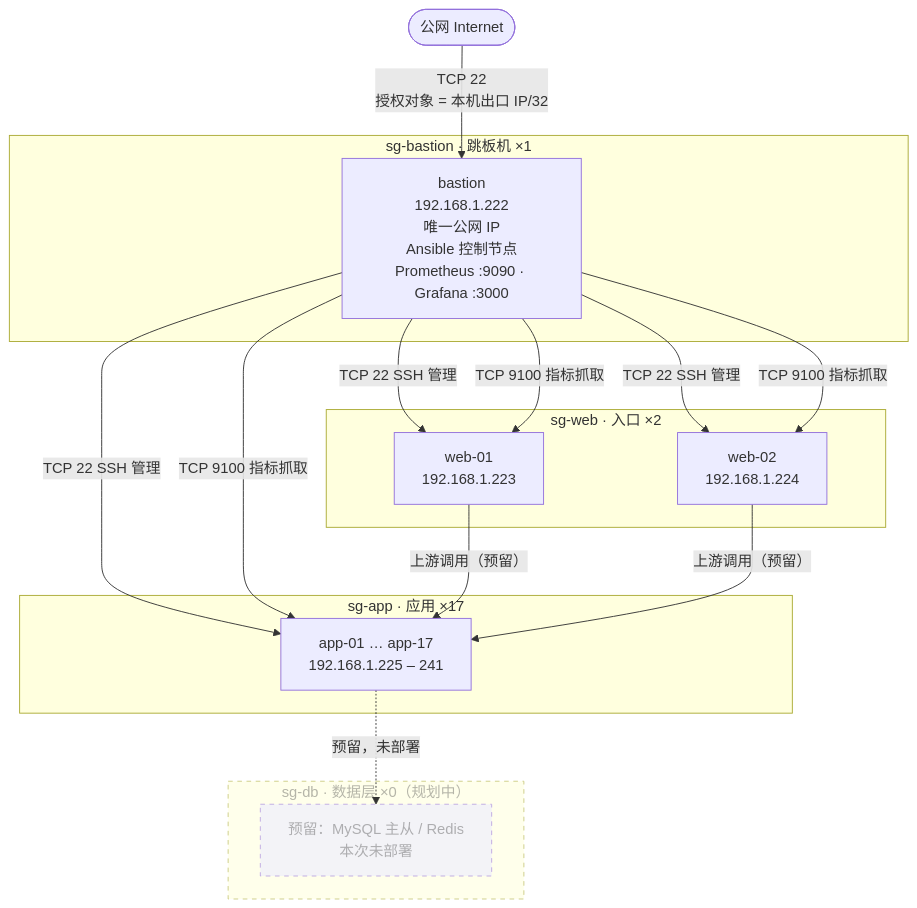
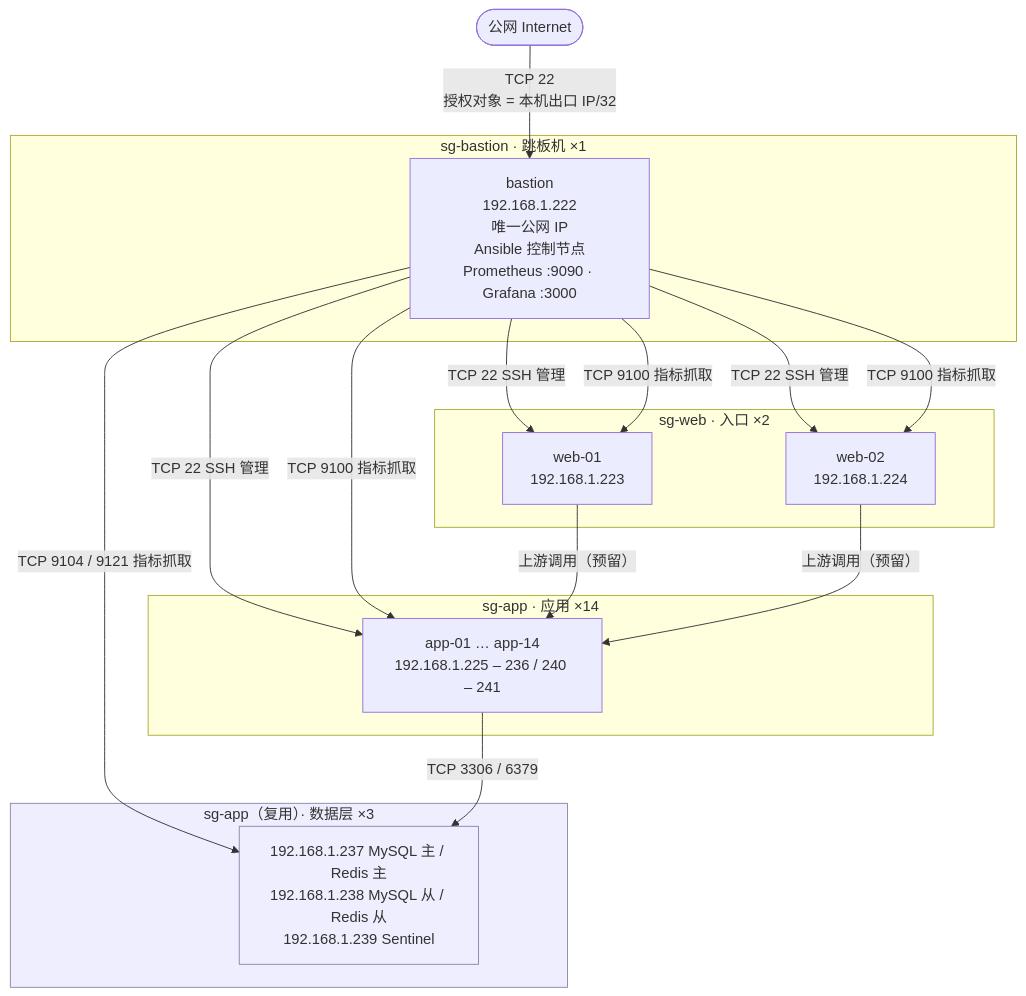
Before and after one commit to huailimao/ops-lab: the diagram in README.md, drawn with Mermaid. The commit also changed other lines of this file and 17 other files, not shown here.

First line of the commit message:
feat(data-layer): MySQL GTID 主从 + Redis 主从哨兵 + Alertmanager 告警链路

````diff
--- a/README.md
+++ b/README.md
@@ -28,35 +30,36 @@
 ```mermaid
 flowchart TB
     Internet([公网 Internet])
 
     subgraph SGB["sg-bastion · 跳板机 ×1"]
         B1["bastion<br/>192.168.1.222<br/>唯一公网 IP<br/>Ansible 控制节点<br/>Prometheus :9090 · Grafana :3000"]
     end
 
     subgraph SGW["sg-web · 入口 ×2"]
         W1["web-01<br/>192.168.1.223"]
         W2["web-02<br/>192.168.1.224"]
     end
 
-    subgraph SGA["sg-app · 应用 ×17"]
-        A1["app-01 … app-17<br/>192.168.1.225 – 241"]
+    subgraph SGA["sg-app · 应用 ×14"]
+        A1["app-01 … app-14<br/>192.168.1.225 – 236 / 240 – 241"]
     end
 
-    subgraph SGD["sg-db · 数据层 ×0（规划中）"]
-        D1["预留：MySQL 主从 / Redis<br/>本次未部署"]
+    subgraph SGD["sg-app（复用）· 数据层 ×3"]
+        D1["192.168.1.237 MySQL 主 / Redis 主<br/>192.168.1.238 MySQL 从 / Redis 从<br/>192.168.1.239 Sentinel"]
     end
 
     Internet -->|"TCP 22<br/>授权对象 = 本机出口 IP/32"| B1
     B1 -->|"TCP 22 SSH 管理"| W1
     B1 -->|"TCP 22 SSH 管理"| W2
     B1 -->|"TCP 22 SSH 管理"| A1
     B1 -->|"TCP 9100 指标抓取"| W1
     B1 -->|"TCP 9100 指标抓取"| W2
     B1 -->|"TCP 9100 指标抓取"| A1
+    B1 -->|"TCP 9104 / 9121 指标抓取"| D1
     W1 -->|"上游调用（预留）"| A1
     W2 -->|"上游调用（预留）"| A1
-    A1 -.->|"预留，未部署"| D1
+    A1 -->|"TCP 3306 / 6379"| D1
 
-    classDef plan stroke-dasharray: 5 5,opacity:0.6
-    class SGD,D1 plan
+    classDef data fill:#eef,stroke:#88a
+    class SGD,D1 data
 ```
````
